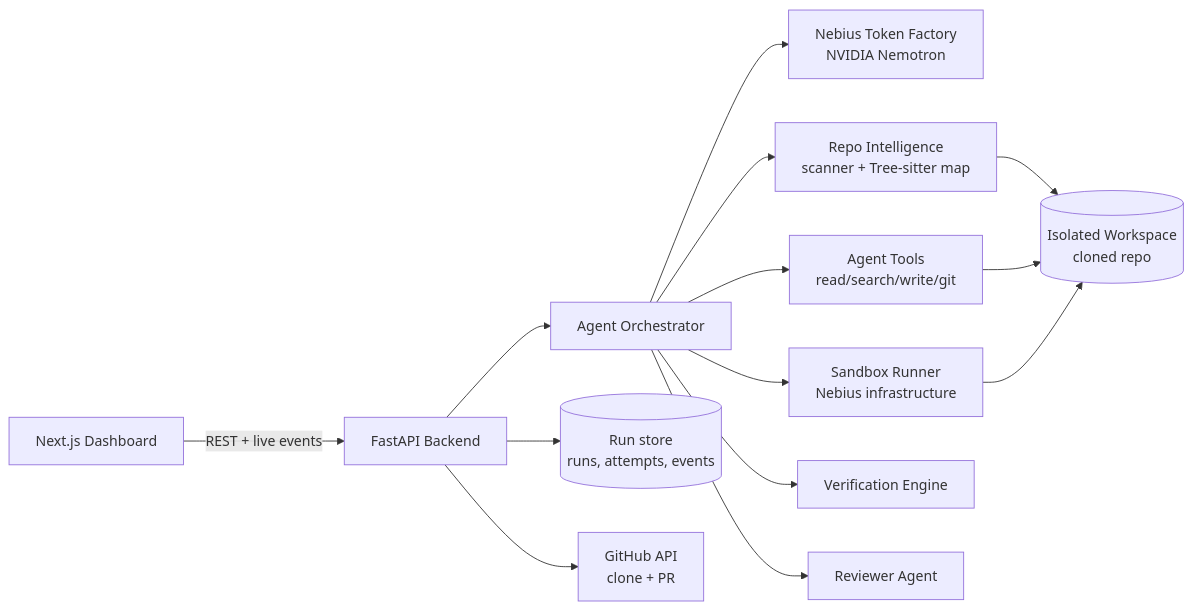
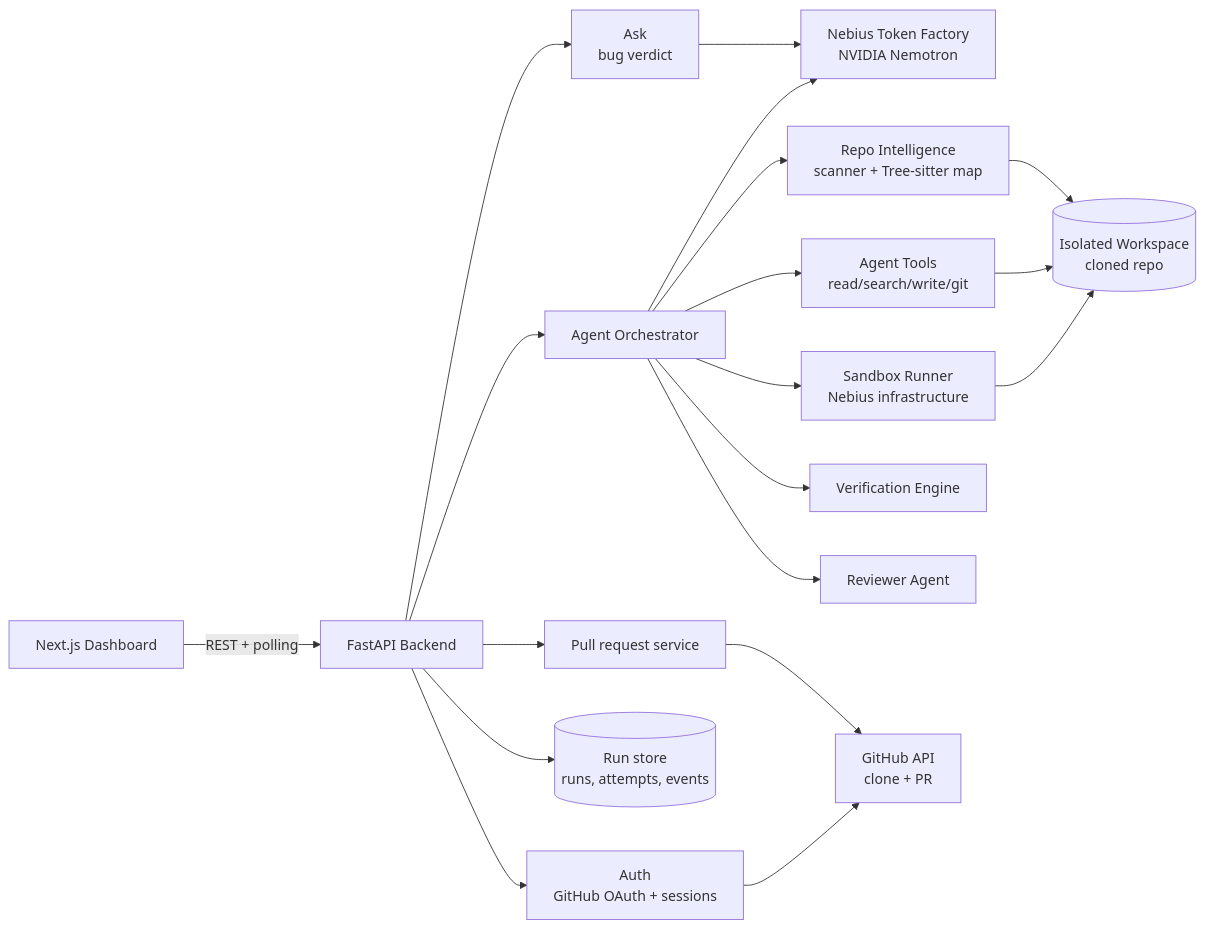
One commit to Muzammil327/PatchPilot- changed the second of 3 diagrams in architecture.md. Above: the diagram before and after it, drawn with Mermaid. The commit also changed other lines of this file and 1 other file, not shown here.

````diff
--- a/architecture.md
+++ b/architecture.md
@@ -11,16 +40,21 @@
 ```mermaid
 flowchart LR
-    UI[Next.js Dashboard] -- REST + live events --> API[FastAPI Backend]
+    UI[Next.js Dashboard] -- REST + polling --> API[FastAPI Backend]
+    API --> AUTH[Auth<br/>GitHub OAuth + sessions]
+    API --> ASK[Ask<br/>bug verdict]
+    ASK --> LLM
     API --> ORCH[Agent Orchestrator]
     ORCH --> LLM[Nebius Token Factory<br/>NVIDIA Nemotron]
     ORCH --> RI[Repo Intelligence<br/>scanner + Tree-sitter map]
     ORCH --> TOOLS[Agent Tools<br/>read/search/write/git]
     ORCH --> SBX[Sandbox Runner<br/>Nebius infrastructure]
     ORCH --> VER[Verification Engine]
     ORCH --> REV[Reviewer Agent]
     RI --> WS[(Isolated Workspace<br/>cloned repo)]
     TOOLS --> WS
     SBX --> WS
     API --> DB[(Run store<br/>runs, attempts, events)]
-    API --> GH[GitHub API<br/>clone + PR]
+    API --> PR[Pull request service]
+    PR --> GH[GitHub API<br/>clone + PR]
+    AUTH --> GH
 ```
````
